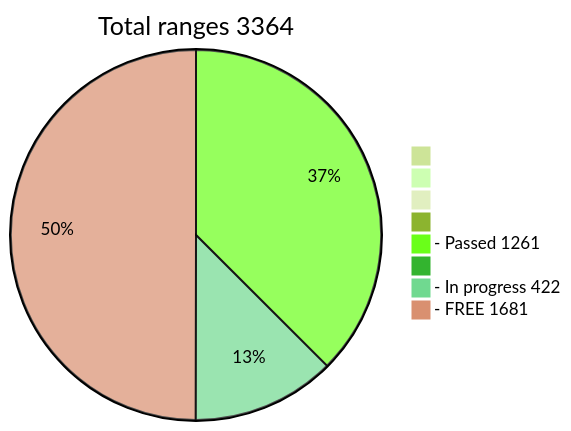
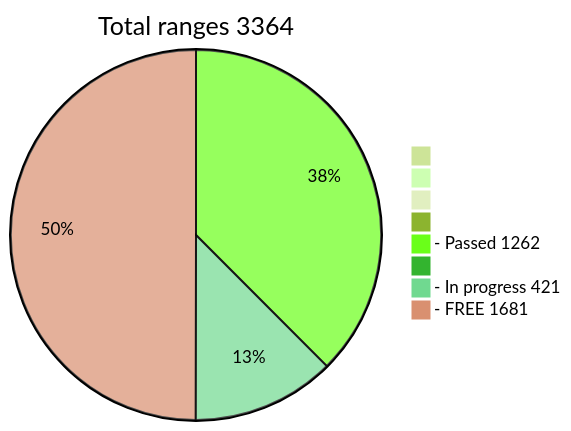
One commit to phrutis/wif500 changed the diagram in README.md. Above: the diagram before and after it, drawn with Mermaid (forest theme).

````diff
--- a/README.md
+++ b/README.md
@@ -16,12 +16,12 @@
 ```mermaid
 pie title Total ranges 3364
              " " : 0
             "  " : 0
            "   " : 0
           "    " : 0
-  "- Passed 1261" : 1261
+  "- Passed 1262" : 1262
          "     " : 0
-  "- In progress 422" : 422
+  "- In progress 421" : 421
    "- FREE 1681" : 1681
    
 ```
````
